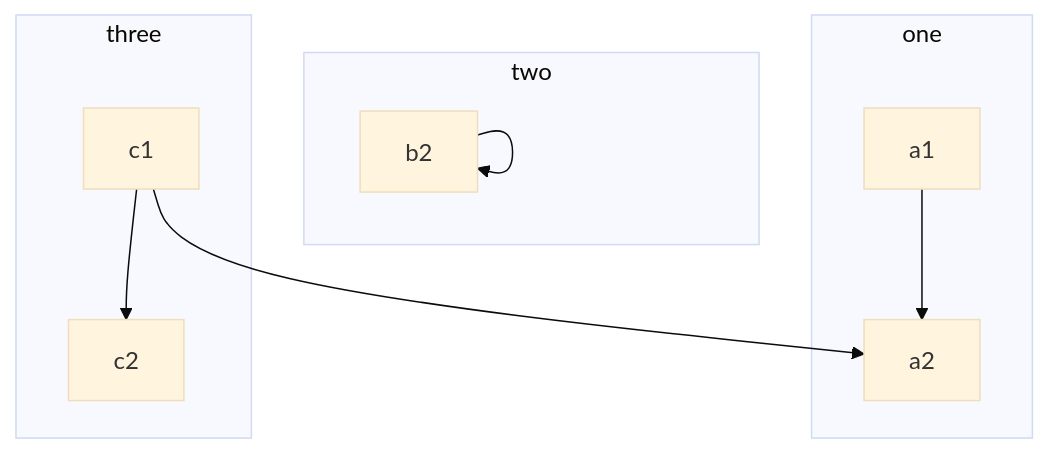
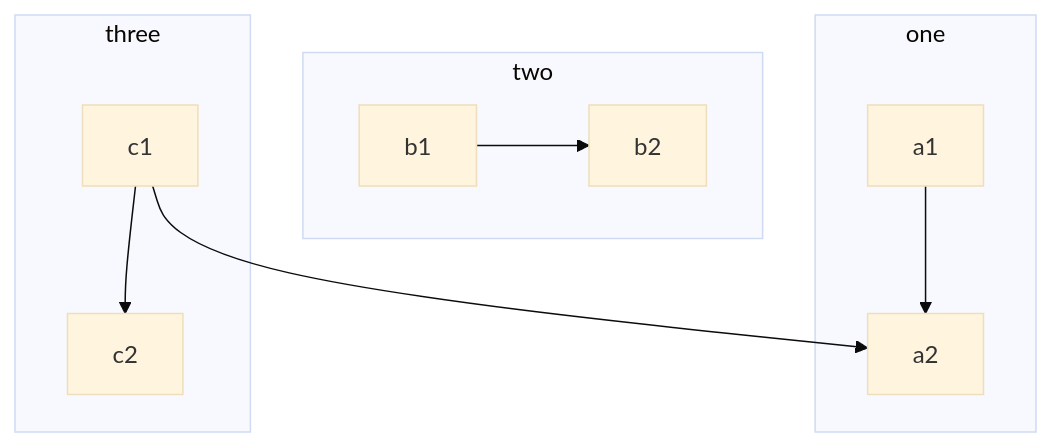
The fifth of 13 diagrams in source/_posts/mermaid使用说明.md (oneforce/oneforce.github.io), drawn with Mermaid (base theme) before and after one commit. The commit also changed other lines of this file, not shown here.

```diff
--- a/source/_posts/mermaid使用说明.md
+++ b/source/_posts/mermaid使用说明.md
@@ -141,13 +141,13 @@
 {% mermaid %}
 graph TB
-        subgraph one
-        a1 --> a2
-        end
-        subgraph two
-        b2 --> b2
-        end
-        subgraph three
-        c1 --> c2
-        end
-        c1 --> a2
+    c1-->a2
+    subgraph one
+    a1-->a2
+    end
+    subgraph two
+    b1-->b2
+    end
+    subgraph three
+    c1-->c2
+    end
 {% endmermaid %}
```
